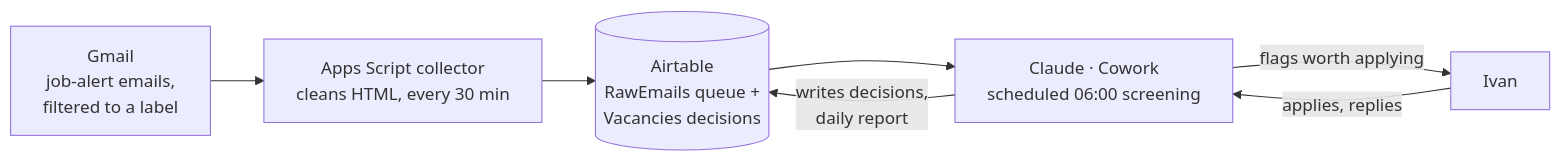
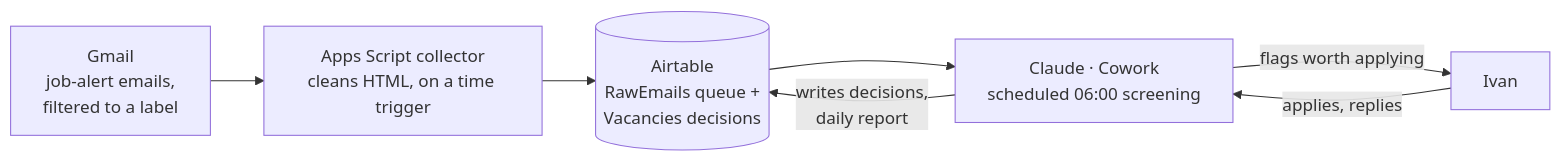
The diagram in README.md (kathelix/UK_DevOps), drawn with Mermaid before and after one commit. The commit also changed other lines of this file and 4 other files, not shown here.

````diff
--- a/README.md
+++ b/README.md
@@ -7,9 +7,9 @@
 ```mermaid
 flowchart LR
-    A[Gmail\njob-alert emails,\nfiltered to a label] --> B[Apps Script collector\ncleans HTML, every 30 min]
+    A[Gmail\njob-alert emails,\nfiltered to a label] --> B[Apps Script collector\ncleans HTML, on a time trigger]
     B --> C[(Airtable\nRawEmails queue +\nVacancies decisions)]
     C --> D[Claude · Cowork\nscheduled 06:00 screening]
     D -->|writes decisions,\ndaily report| C
     D -->|flags worth applying| E[Ivan]
     E -->|applies, replies| D
 ```
````
